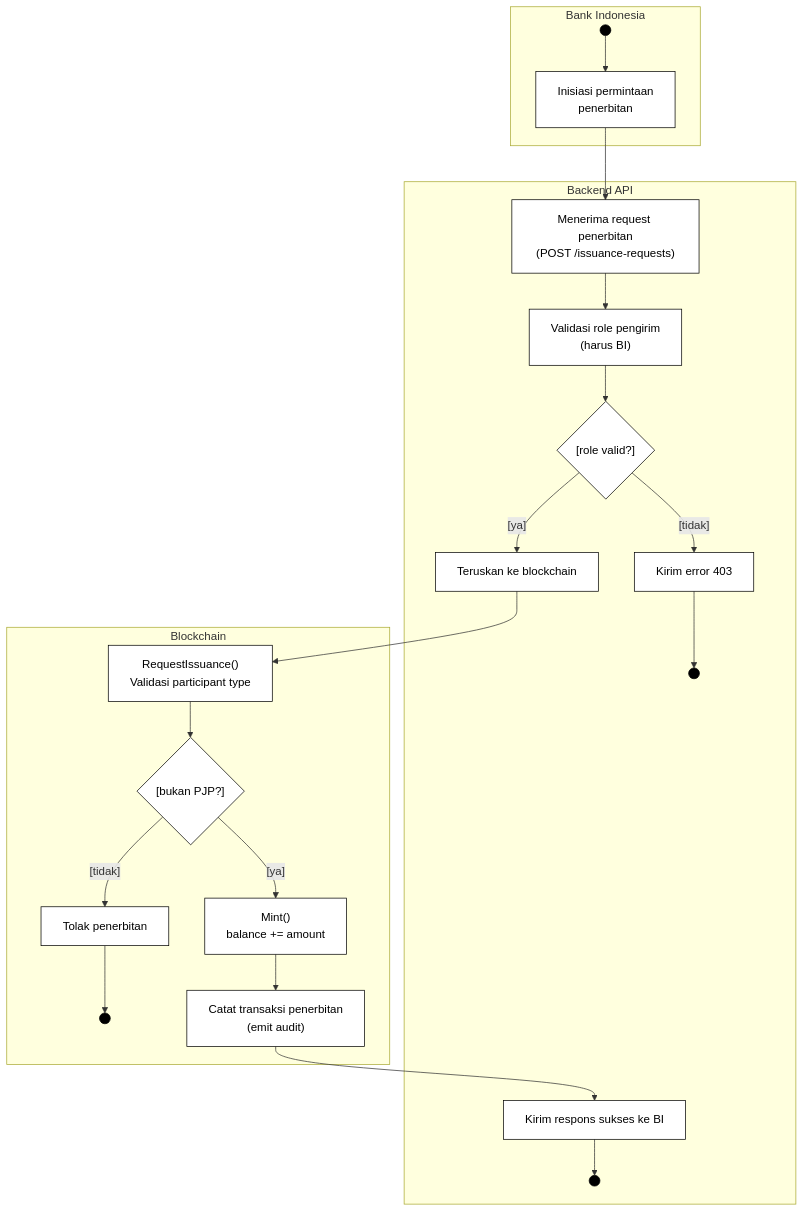
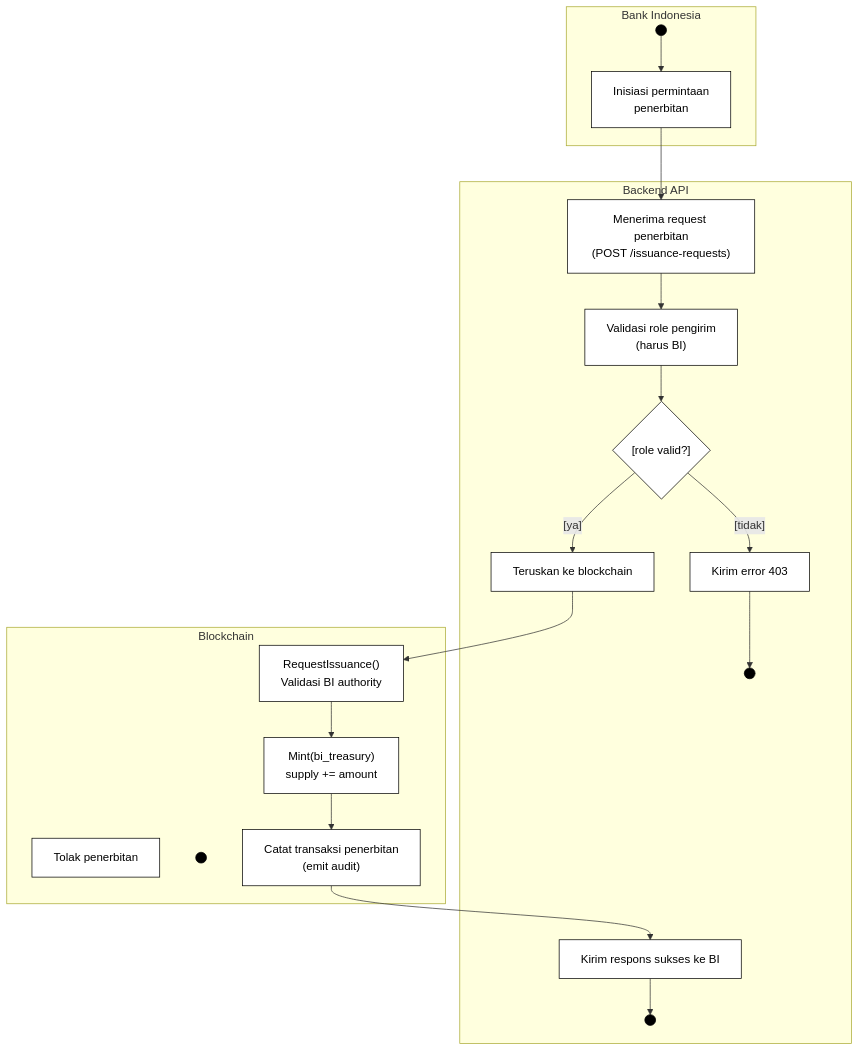
Before and after one commit to mfachrizalg/bi-coin: the second of 7 diagrams in bi-coin-fabric/docs/diagrams/mermaid/activity-diagrams.md, drawn with Mermaid. The commit also changed other lines of this file and 2186 other files, not shown here.

````diff
--- a/bi-coin-fabric/docs/diagrams/mermaid/activity-diagrams.md
+++ b/bi-coin-fabric/docs/diagrams/mermaid/activity-diagrams.md
@@ -56,47 +61,43 @@
 ```mermaid
 flowchart TD
   classDef startend fill:#000,stroke:#000,color:#fff
   classDef action fill:#fff,stroke:#000,color:#000
   classDef decision fill:#fff,stroke:#000,color:#000
 
   subgraph lane_a [Bank Indonesia]
     S2((" ")):::startend
     B1["Inisiasi permintaan<br>penerbitan"]:::action
   end
 
   subgraph lane_b [Backend API]
     B2["Menerima request penerbitan<br>(POST /issuance-requests)"]:::action
     B3["Validasi role pengirim<br>(harus BI)"]:::action
     D2{"[role valid?]"}:::decision
     B4["Kirim error 403"]:::action
     E2a((" ")):::startend
     B5["Teruskan ke blockchain"]:::action
     B6["Kirim respons sukses ke BI"]:::action
     E2b((" ")):::startend
   end
 
   subgraph lane_c [Blockchain]
-    B7["RequestIssuance()<br>Validasi participant type"]:::action
-    D3{"[bukan PJP?]"}:::decision
+    B7["RequestIssuance()<br>Validasi BI authority"]:::action
     B8["Tolak penerbitan"]:::action
     E2c((" ")):::startend
-    B9["Mint()<br>balance += amount"]:::action
+    B9["Mint(bi_treasury)<br>supply += amount"]:::action
     B10["Catat transaksi penerbitan<br>(emit audit)"]:::action
   end
 
   S2 --> B1
   B1 --> B2
   B2 --> B3
   B3 --> D2
   D2 -->|"[tidak]"| B4
   B4 --> E2a
   D2 -->|"[ya]"| B5
   B5 --> B7
-  B7 --> D3
-  D3 -->|"[tidak]"| B8
-  B8 --> E2c
-  D3 -->|"[ya]"| B9
+  B7 --> B9
   B9 --> B10
   B10 --> B6
   B6 --> E2b
 ```
````
